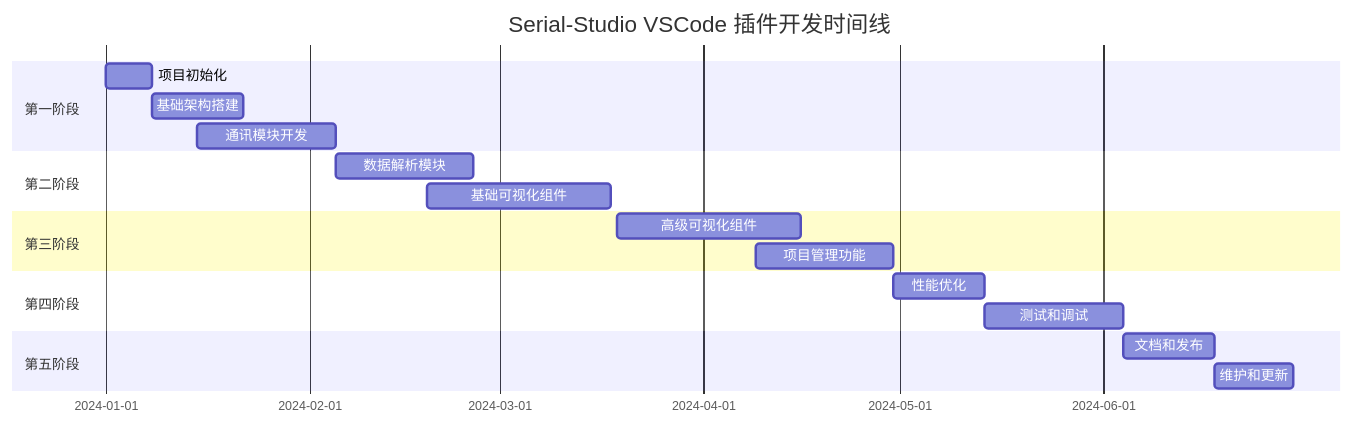
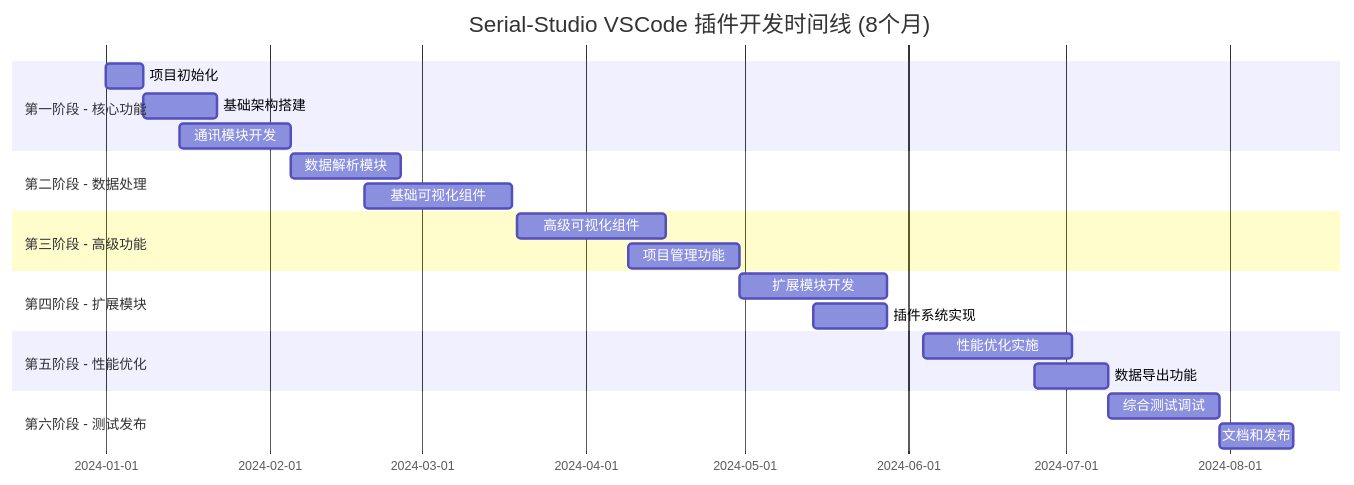
Before and after one commit to flyingcys/vscode-externsion-serial: the first of 3 diagrams in docs/plan_actions/05-实现步骤和时间规划.md, drawn with Mermaid. The commit also changed other lines of this file and 47349 other files, not shown here.

````diff
--- a/docs/plan_actions/05-实现步骤和时间规划.md
+++ b/docs/plan_actions/05-实现步骤和时间规划.md
@@ -11,21 +11,24 @@
 ```mermaid
 gantt
-    title Serial-Studio VSCode 插件开发时间线
+    title Serial-Studio VSCode 插件开发时间线 (8个月)
     dateFormat  YYYY-MM-DD
-    section 第一阶段
+    section 第一阶段 - 核心功能
     项目初始化           :2024-01-01, 7d
     基础架构搭建         :2024-01-08, 14d
     通讯模块开发         :2024-01-15, 21d
-    section 第二阶段
+    section 第二阶段 - 数据处理
     数据解析模块         :2024-02-05, 21d
     基础可视化组件       :2024-02-19, 28d
-    section 第三阶段
+    section 第三阶段 - 高级功能
     高级可视化组件       :2024-03-19, 28d
     项目管理功能         :2024-04-09, 21d
-    section 第四阶段
-    性能优化             :2024-04-30, 14d
-    测试和调试           :2024-05-14, 21d
-    section 第五阶段
-    文档和发布           :2024-06-04, 14d
-    维护和更新           :2024-06-18, 12d
+    section 第四阶段 - 扩展模块
+    扩展模块开发         :2024-04-30, 28d
+    插件系统实现         :2024-05-14, 14d
+    section 第五阶段 - 性能优化
+    性能优化实施         :2024-06-04, 28d
+    数据导出功能         :2024-06-25, 14d
+    section 第六阶段 - 测试发布
+    综合测试调试         :2024-07-09, 21d
+    文档和发布           :2024-07-30, 14d
 ```
````
